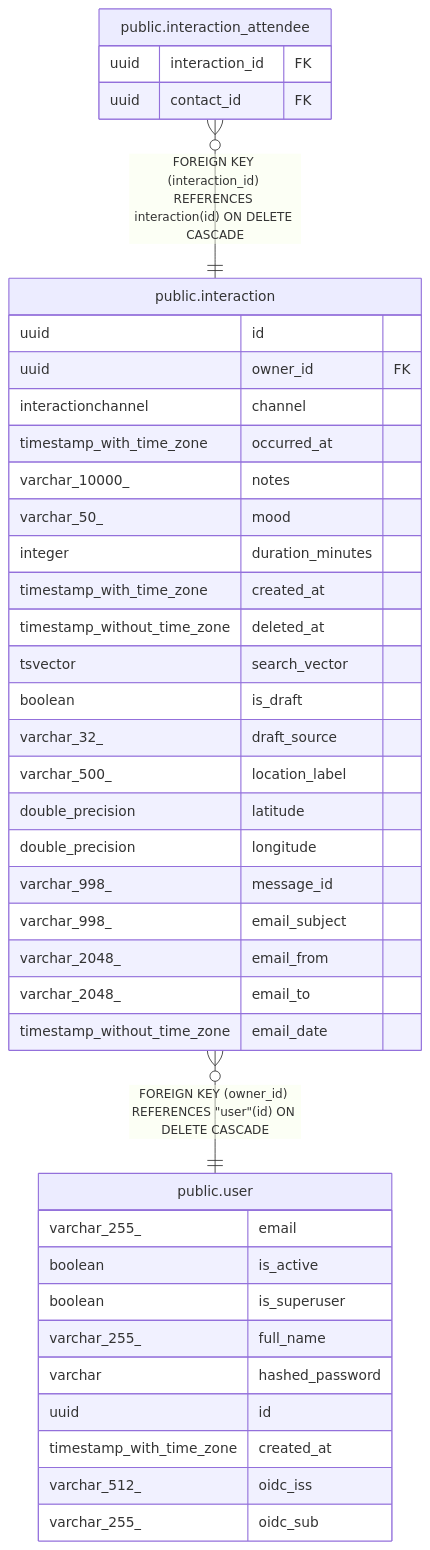
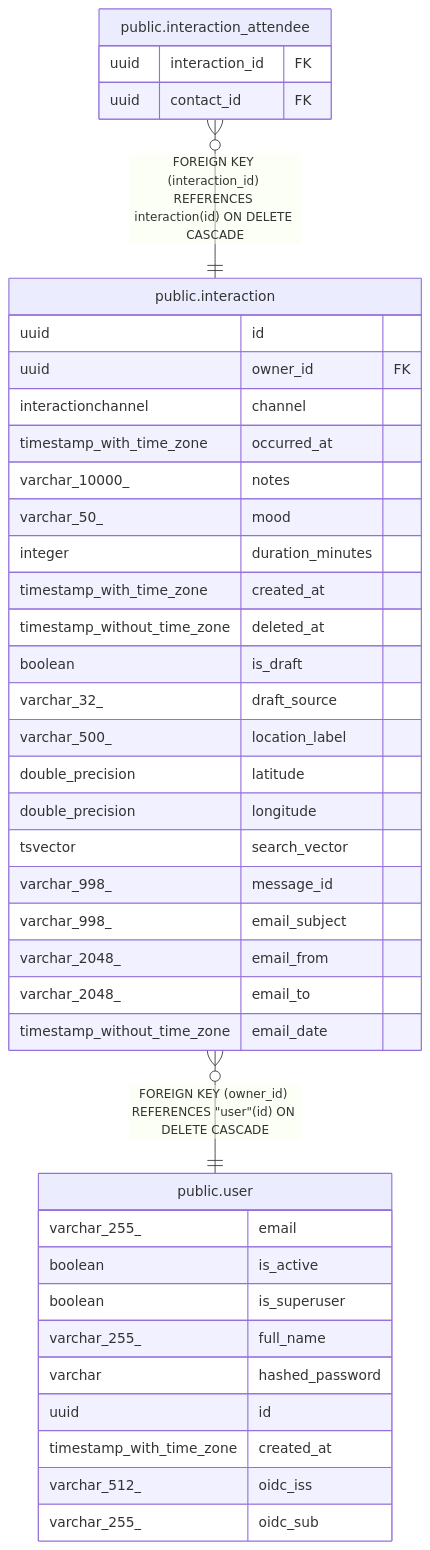
One commit to pike00/Kindred changed the diagram in docs/db/public.interaction.md. Above: the diagram before and after it, drawn with Mermaid. The commit also changed other lines of this file and 51 other files, not shown here.

````diff
--- a/docs/db/public.interaction.md
+++ b/docs/db/public.interaction.md
@@ -64,44 +65,44 @@
 ```mermaid
 erDiagram
 
 "public.interaction_attendee" }o--|| "public.interaction" : "FOREIGN KEY (interaction_id) REFERENCES interaction(id) ON DELETE CASCADE"
 "public.interaction" }o--|| "public.user" : "FOREIGN KEY (owner_id) REFERENCES #quot;user#quot;(id) ON DELETE CASCADE"
 
 "public.interaction" {
   uuid id
   uuid owner_id FK
   interactionchannel channel
   timestamp_with_time_zone occurred_at
   varchar_10000_ notes
   varchar_50_ mood
   integer duration_minutes
   timestamp_with_time_zone created_at
   timestamp_without_time_zone deleted_at
-  tsvector search_vector
   boolean is_draft
   varchar_32_ draft_source
   varchar_500_ location_label
   double_precision latitude
   double_precision longitude
+  tsvector search_vector
   varchar_998_ message_id
   varchar_998_ email_subject
   varchar_2048_ email_from
   varchar_2048_ email_to
   timestamp_without_time_zone email_date
 }
 "public.interaction_attendee" {
   uuid interaction_id FK
   uuid contact_id FK
 }
 "public.user" {
   varchar_255_ email
   boolean is_active
   boolean is_superuser
   varchar_255_ full_name
   varchar hashed_password
   uuid id
   timestamp_with_time_zone created_at
   varchar_512_ oidc_iss
   varchar_255_ oidc_sub
 }
 ```
````
